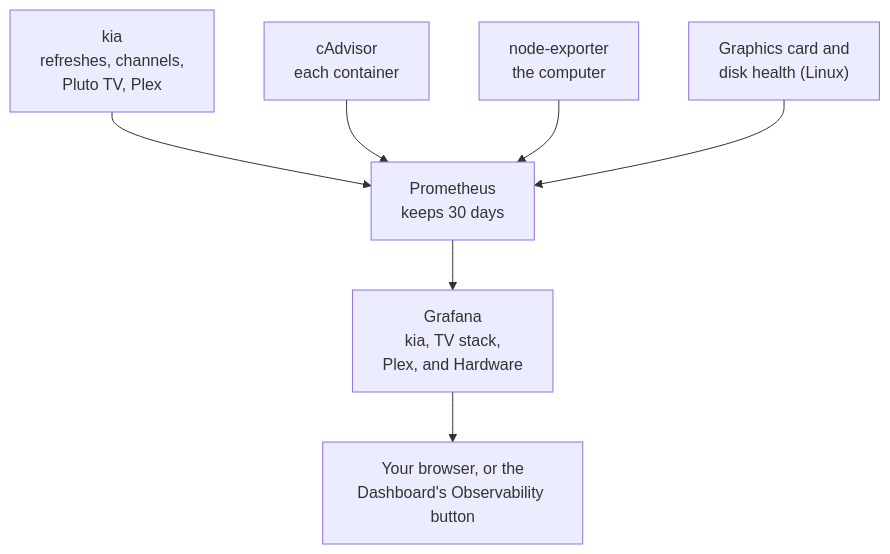
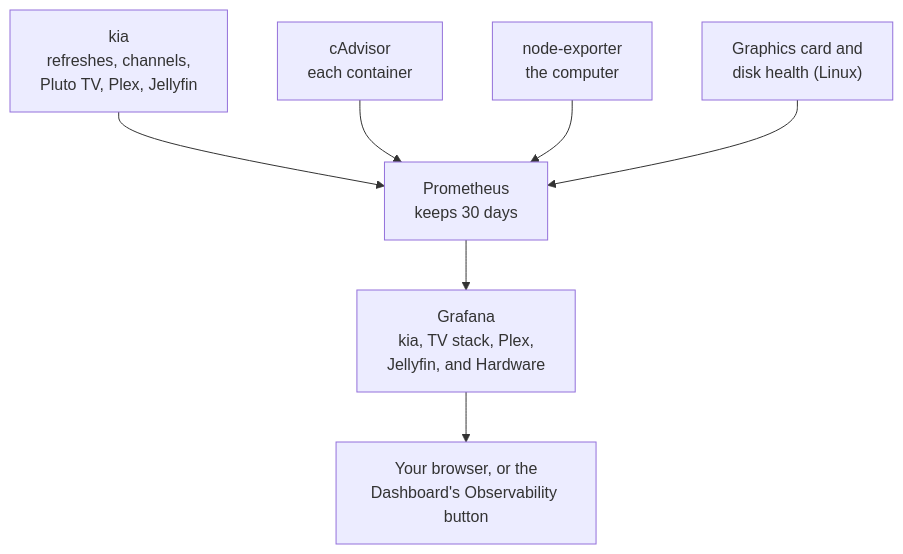
One commit to southsidedean/kodi-iptv-assistant changed the diagram in docs/diagrams/observability.mmd. Above: the diagram before and after it, drawn with Mermaid. The commit also changed 32 other files, not shown here.

```diff
--- a/docs/diagrams/observability.mmd
+++ b/docs/diagrams/observability.mmd
@@ -1,7 +1,7 @@
 flowchart TB
-  kia["kia<br>refreshes, channels,<br>Pluto TV, Plex"] --> prom["Prometheus<br>keeps 30 days"]
+  kia["kia<br>refreshes, channels,<br>Pluto TV, Plex, Jellyfin"] --> prom["Prometheus<br>keeps 30 days"]
   cad["cAdvisor<br>each container"] --> prom
   node["node-exporter<br>the computer"] --> prom
   hw["Graphics card and<br>disk health (Linux)"] --> prom
-  prom --> graf["Grafana<br>kia, TV stack,<br>Plex, and Hardware"]
+  prom --> graf["Grafana<br>kia, TV stack, Plex,<br>Jellyfin, and Hardware"]
   graf --> you["Your browser, or the<br>Dashboard's Observability button"]
```
